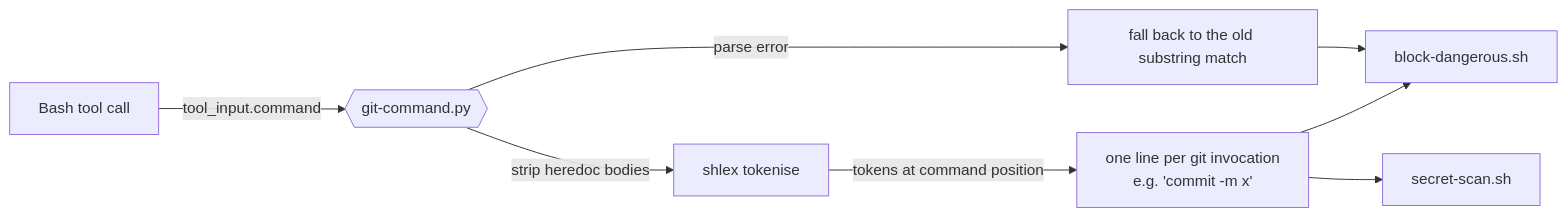
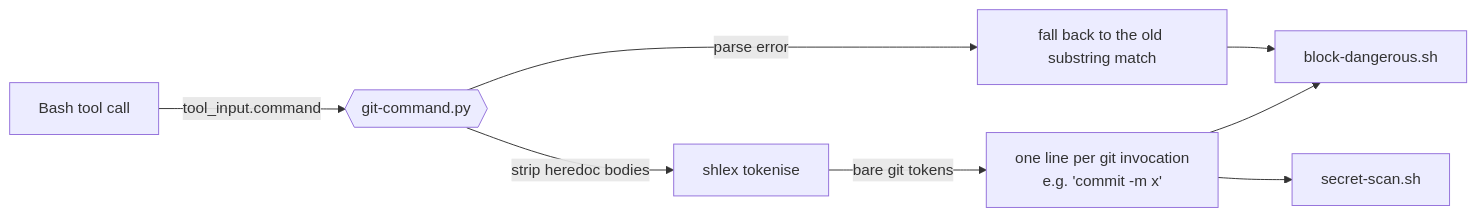
Before and after one commit to dzaffren/claude-plugin: the first of 2 diagrams in docs/specs/hook-command-match.md, drawn with Mermaid. The commit also changed other lines of this file, not shown here.

````diff
--- a/docs/specs/hook-command-match.md
+++ b/docs/specs/hook-command-match.md
@@ -60,10 +60,10 @@
 ```mermaid
 flowchart LR
     C["Bash tool call"] -- "tool_input.command" --> P{{"git-command.py"}}
     P -- "strip heredoc bodies" --> T["shlex tokenise"]
-    T -- "tokens at command position" --> L["one line per git invocation<br/>e.g. 'commit -m x'"]
+    T -- "bare git tokens" --> L["one line per git invocation<br/>e.g. 'commit -m x'"]
     L --> BD["block-dangerous.sh"]
     L --> SS["secret-scan.sh"]
     P -- "parse error" --> FB["fall back to the old substring match"]
     FB --> BD
 ```
````
